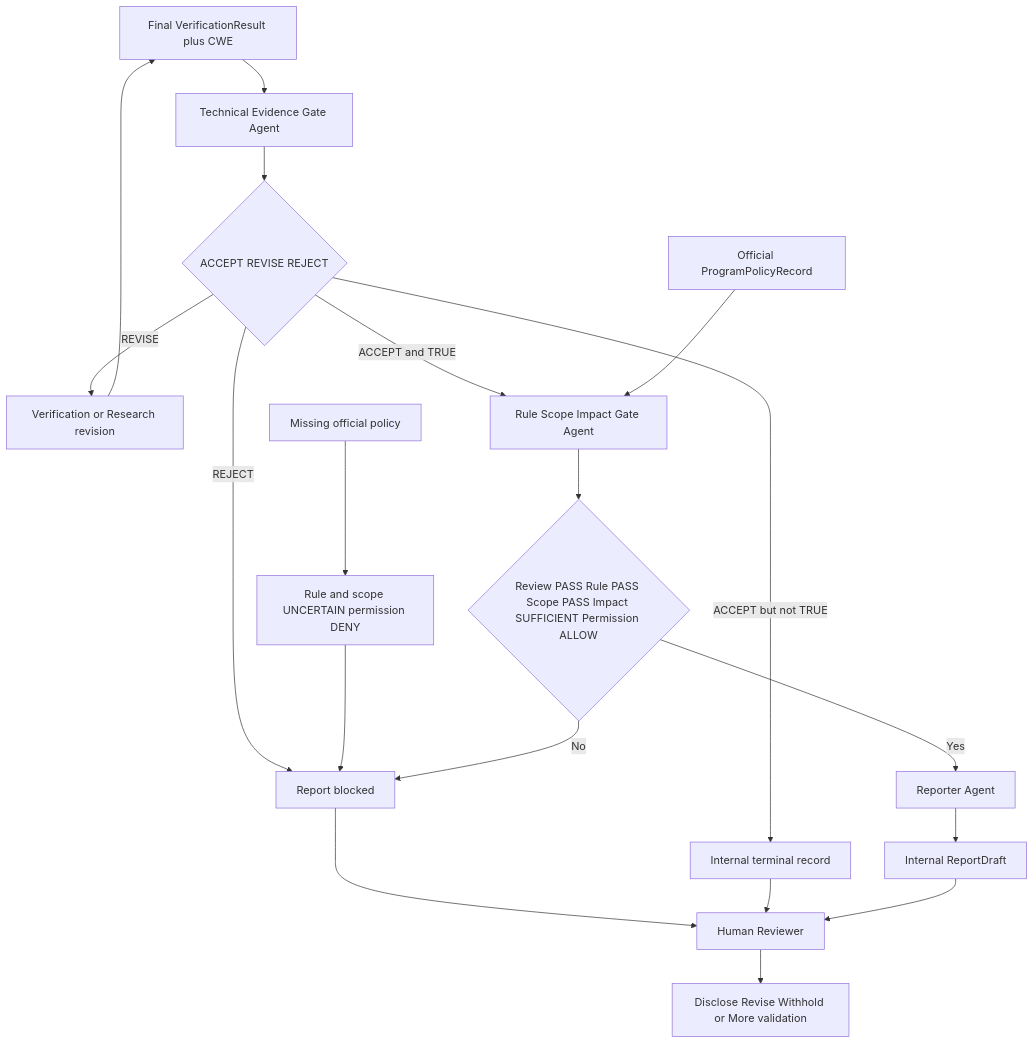
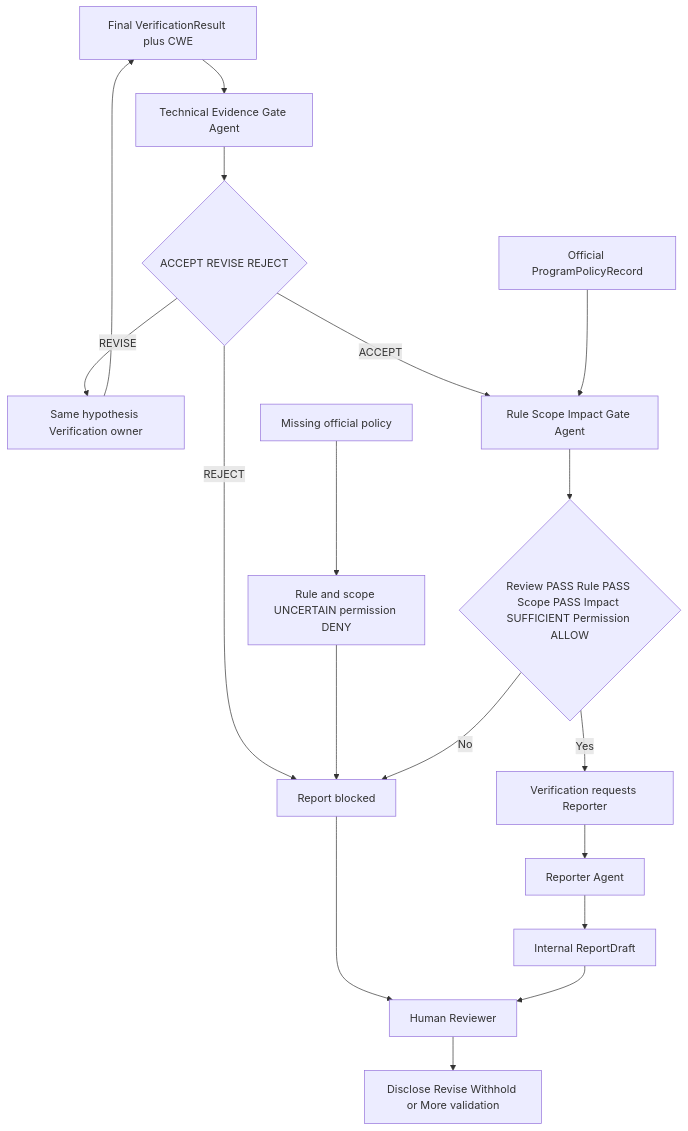
One commit to SASTsimi/sastsimi changed the sixth of 13 diagrams in docs/architecture-v5/13-architecture-diagrams.md. Above: the diagram before and after it, drawn with Mermaid. The commit also changed other lines of this file and 39 other files, not shown here.

Commit message:
docs: make Verification own hypothesis workflows

````diff
--- a/docs/architecture-v5/13-architecture-diagrams.md
+++ b/docs/architecture-v5/13-architecture-diagrams.md
@@ -169,21 +181,20 @@
 ```mermaid
 flowchart TB
     VR[Final VerificationResult plus CWE] --> TECH[Technical Evidence Gate Agent]
     TECH --> TS{ACCEPT REVISE REJECT}
-    TS -->|REVISE| BACK[Verification or Research revision]
+    TS -->|REVISE| BACK[Same hypothesis Verification owner]
     BACK --> VR
     TS -->|REJECT| BLOCK[Report blocked]
-    TS -->|ACCEPT but not TRUE| INTERNAL[Internal terminal record]
-    TS -->|ACCEPT and TRUE| RULE[Rule Scope Impact Gate Agent]
+    TS -->|ACCEPT| RULE[Rule Scope Impact Gate Agent]
     POLICY[Official ProgramPolicyRecord] --> RULE
     NOPOL[Missing official policy] --> UNCERTAIN[Rule and scope UNCERTAIN permission DENY]
     UNCERTAIN --> BLOCK
     RULE --> READY{Review PASS Rule PASS Scope PASS Impact SUFFICIENT Permission ALLOW}
     READY -->|No| BLOCK
-    READY -->|Yes| REPORTER[Reporter Agent]
+    READY -->|Yes| RREQ[Verification requests Reporter]
+    RREQ --> REPORTER[Reporter Agent]
     REPORTER --> DRAFT[Internal ReportDraft]
     BLOCK --> HUMAN[Human Reviewer]
-    INTERNAL --> HUMAN
     DRAFT --> HUMAN
     HUMAN --> DECIDE[Disclose Revise Withhold or More validation]
 ```
````
